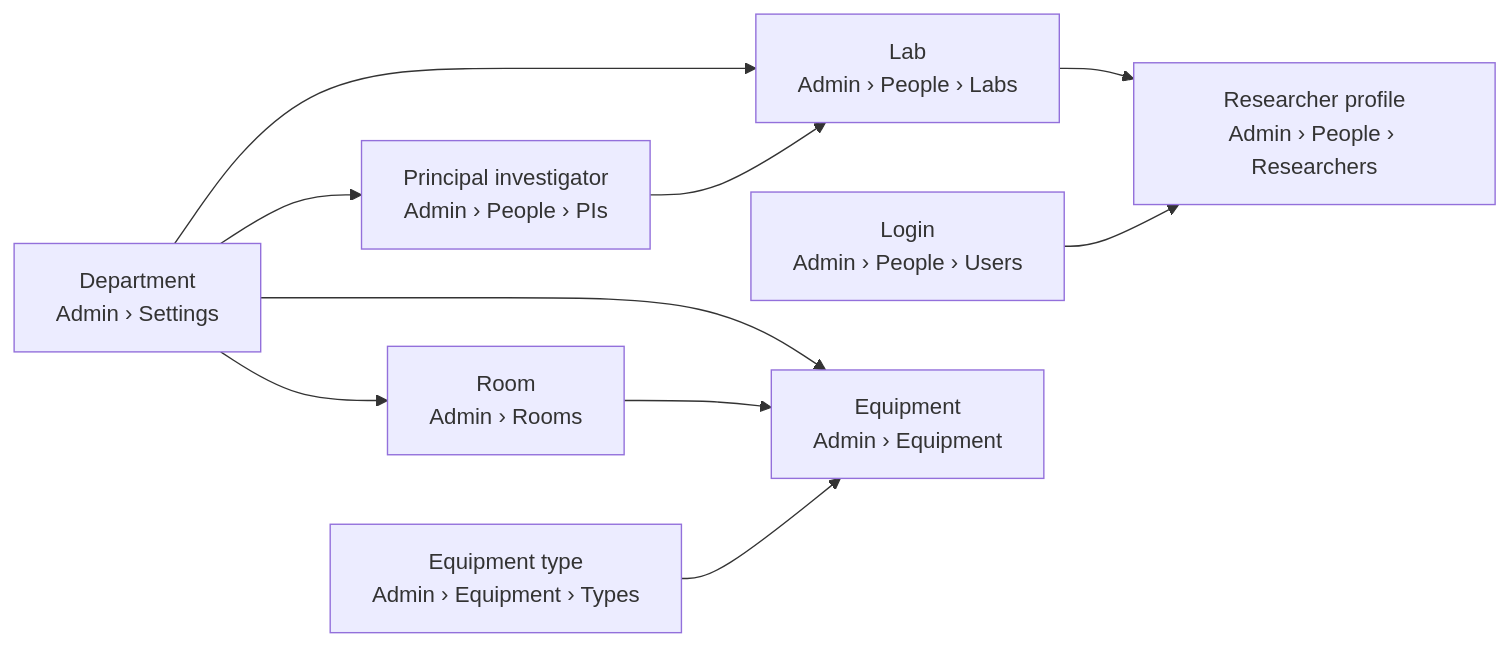
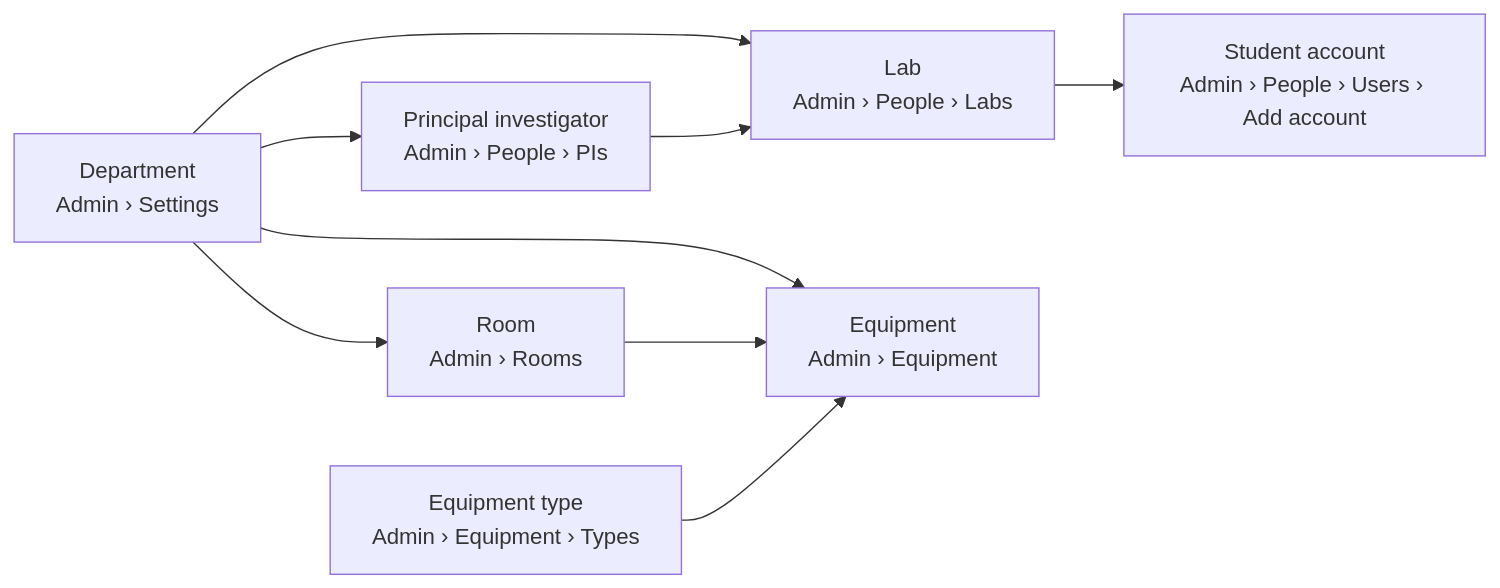
One commit to wizard-nazim/labtracker-workbench changed the diagram in docs/workflows/accounts-and-bookings.md. Above: the diagram before and after it, drawn with Mermaid. The commit also changed other lines of this file, not shown here.

Commit message:
docs: one-step Add account flow and temporary passwords

````diff
--- a/docs/workflows/accounts-and-bookings.md
+++ b/docs/workflows/accounts-and-bookings.md
@@ -24,12 +24,11 @@
 ```mermaid
 flowchart LR
   D[Department<br/>Admin › Settings] --> PI[Principal investigator<br/>Admin › People › PIs]
   D --> L[Lab<br/>Admin › People › Labs]
   PI --> L
-  L --> R[Researcher profile<br/>Admin › People › Researchers]
-  U[Login<br/>Admin › People › Users] --> R
+  L --> A[Student account<br/>Admin › People › Users › Add account]
   D --> E[Equipment<br/>Admin › Equipment]
   RM[Room<br/>Admin › Rooms] --> E
   D --> RM
   T[Equipment type<br/>Admin › Equipment › Types] --> E
 ```
````
